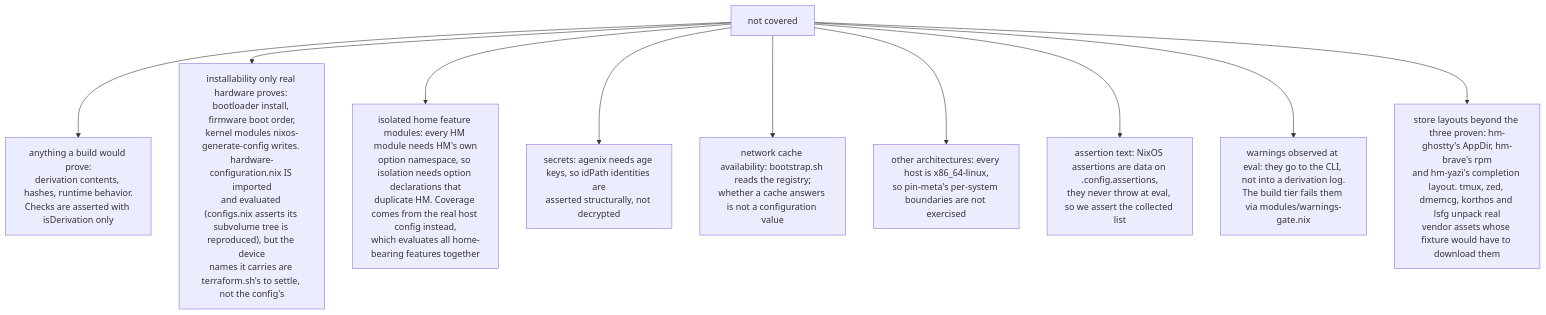
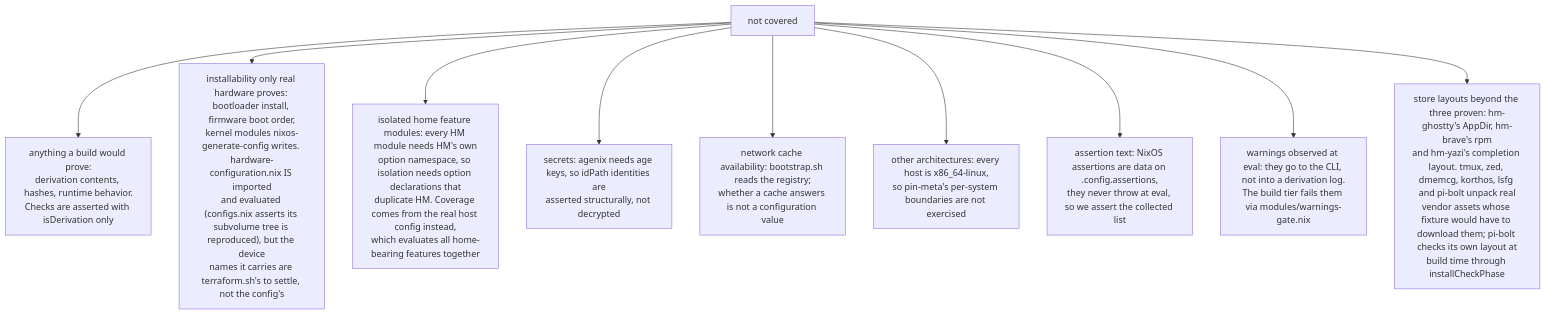
The fifth of 5 diagrams in TEST_DESIGN.md (WombatFromHell/automatic-palm-tree), drawn with Mermaid before and after one commit. The commit also changed other lines of this file and 10 other files, not shown here.

````diff
--- a/TEST_DESIGN.md
+++ b/TEST_DESIGN.md
@@ -539,12 +539,12 @@
 ```mermaid
 flowchart TD
   N["not covered"] --> N1["anything a build would prove:<br/>derivation contents, hashes, runtime behavior.<br/>Checks are asserted with isDerivation only"]
   N --> N2["installability only real hardware proves: bootloader install, firmware boot order,<br/>kernel modules nixos-generate-config writes. hardware-configuration.nix IS imported<br/>and evaluated (configs.nix asserts its subvolume tree is reproduced), but the device<br/>names it carries are terraform.sh's to settle, not the config's"]
   N --> N3["isolated home feature modules: every HM module needs HM's own<br/>option namespace, so isolation needs option declarations that<br/>duplicate HM. Coverage comes from the real host config instead,<br/>which evaluates all home-bearing features together"]
   N --> N4["secrets: agenix needs age keys, so idPath identities are<br/>asserted structurally, not decrypted"]
   N --> N5["network cache availability: bootstrap.sh reads the registry;<br/>whether a cache answers is not a configuration value"]
   N --> N6["other architectures: every host is x86_64-linux,<br/>so pin-meta's per-system boundaries are not exercised"]
   N --> N7["assertion text: NixOS assertions are data on .config.assertions,<br/>they never throw at eval, so we assert the collected list"]
   N --> N8["warnings observed at eval: they go to the CLI, not into a derivation log.<br/>The build tier fails them via modules/warnings-gate.nix"]
-  N --> N9["store layouts beyond the three proven: hm-ghostty's AppDir, hm-brave's rpm<br/>and hm-yazi's completion layout. tmux, zed, dmemcg, korthos and lsfg unpack real<br/>vendor assets whose fixture would have to download them"]
+  N --> N9["store layouts beyond the three proven: hm-ghostty's AppDir, hm-brave's rpm<br/>and hm-yazi's completion layout. tmux, zed, dmemcg, korthos, lsfg and pi-bolt unpack real<br/>vendor assets whose fixture would have to download them; pi-bolt checks its own layout at<br/>build time through installCheckPhase"]
 ```
````
